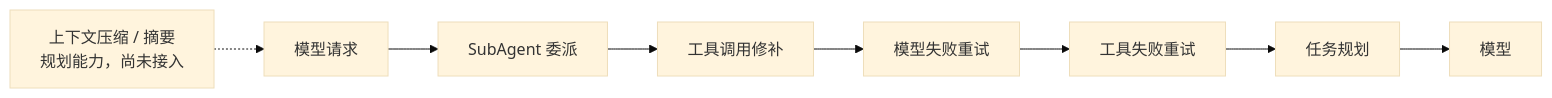
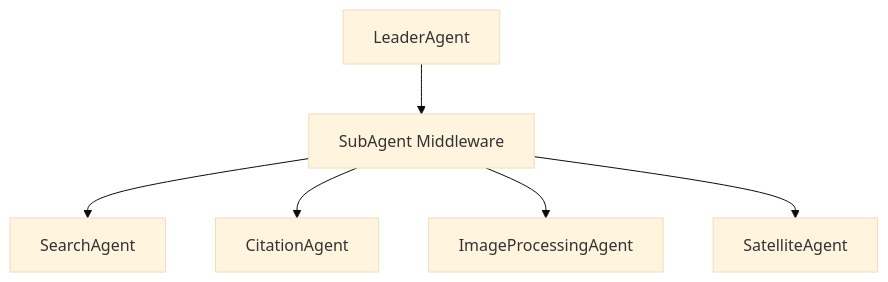
One commit to Agent-Multiverse-Lab/agent-stack changed the second of 3 diagrams in README.md. Above: the diagram before and after it, drawn with Mermaid (base theme). The commit also changed other lines of this file, not shown here.

````diff
--- a/README.md
+++ b/README.md
@@ -178,11 +47,8 @@
 ```mermaid
-flowchart LR
-    Request[模型请求] --> SubAgent[SubAgent 委派]
-    SubAgent --> Patch[工具调用修补]
-    Patch --> ModelRetry[模型失败重试]
-    ModelRetry --> ToolRetry[工具失败重试]
-    ToolRetry --> Todo[任务规划]
-    Todo --> Model[模型]
-
-    Compression[上下文压缩 / 摘要<br/>规划能力，尚未接入] -.-> Request
+flowchart TB
+    Leader[LeaderAgent] --> Delegate[SubAgent Middleware]
+    Delegate --> Search[SearchAgent]
+    Delegate --> Citation[CitationAgent]
+    Delegate --> Image[ImageProcessingAgent]
+    Delegate --> Satellite[SatelliteAgent]
 ```
````
